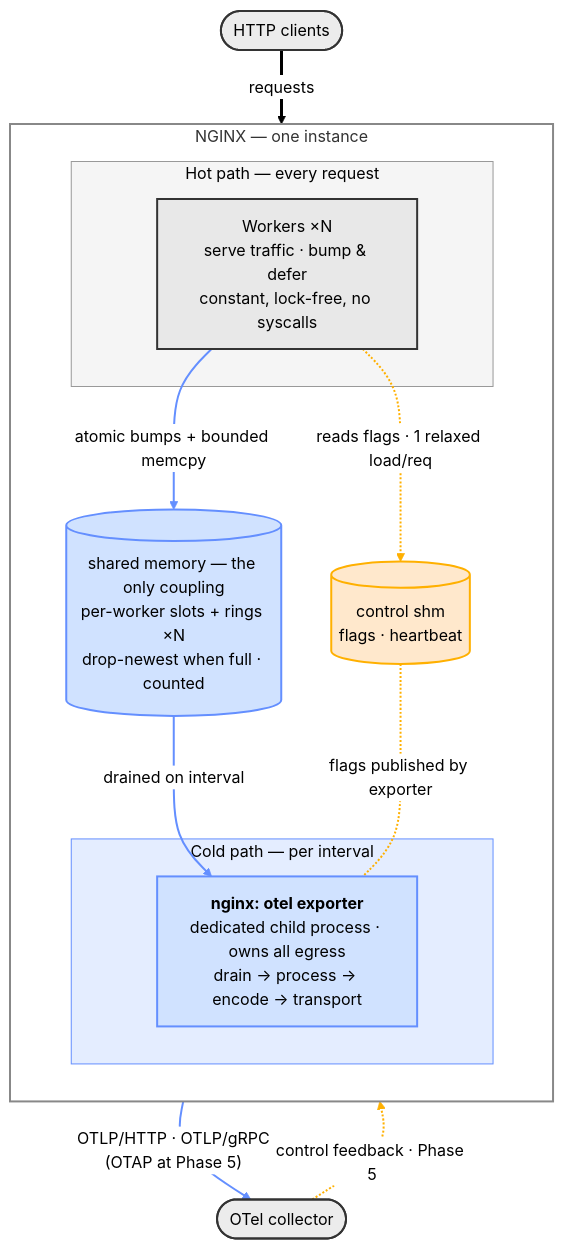
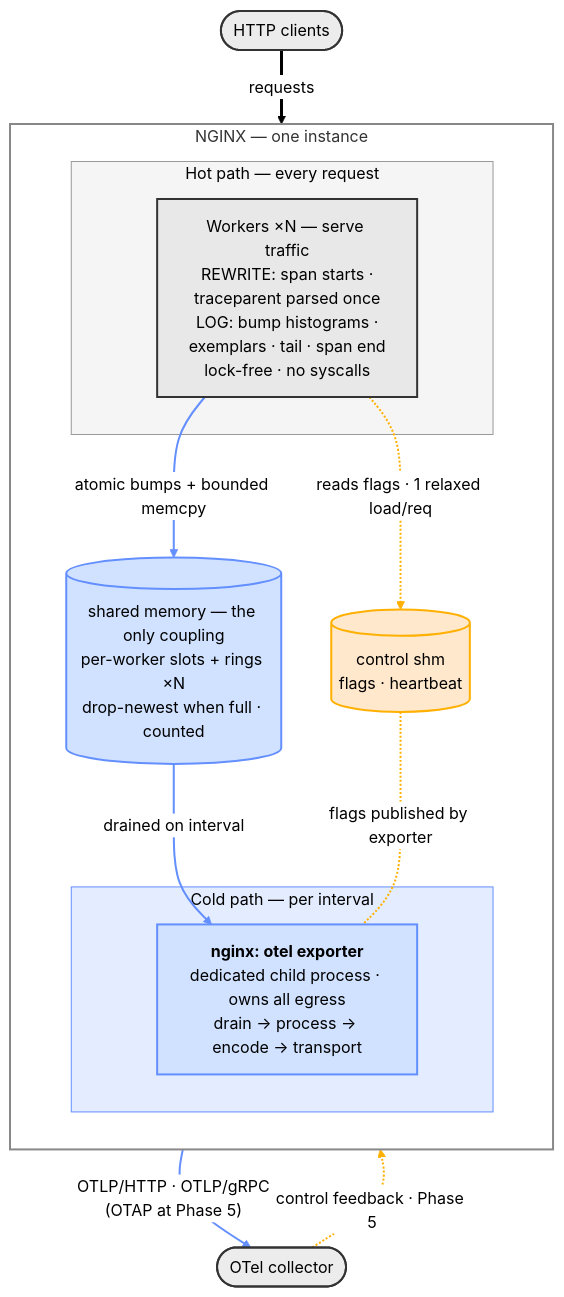
One commit to CVanF5/ngx-otel-rust changed the diagram in README.md. Above: the diagram before and after it, drawn with Mermaid (neutral theme).

Commit message:
docs(readme): annotate nginx request phases in the architecture diagram
The Workers node now states where the per-request work happens: REWRITE phase (span starts; inbound traceparent parsed once and cached) and LOG phase (histogram bumps, exemplar/tail sampling, span end). Line lengths authored short so both the kroki and GitHub mermaid renderers wrap identically (kroki-verified, 556px wide).

````diff
--- a/README.md
+++ b/README.md
@@ -69,39 +69,39 @@
 ```mermaid
 flowchart TB
     Client(["HTTP clients"]):::ext
 
     subgraph NGINX["NGINX — one instance"]
         direction TB
         subgraph Hot["Hot path — every request"]
-            Workers["Workers ×N<br/>serve traffic · bump &amp; defer<br/>constant, lock-free, no syscalls"]:::data
+            Workers["Workers ×N — serve traffic<br/>REWRITE: span starts ·<br/>traceparent parsed once<br/>LOG: bump histograms ·<br/>exemplars · tail · span end<br/>lock-free · no syscalls"]:::data
         end
         SHM[("shared memory — the only coupling<br/>per-worker slots + rings ×N<br/>drop-newest when full · counted")]:::tel
         Ctl[("control shm<br/>flags · heartbeat")]:::ctl
         subgraph Cold["Cold path — per interval"]
             Exp["<b>nginx: otel exporter</b><br/>dedicated child process · owns all egress<br/>drain → process → encode → transport"]:::tel
         end
     end
 
     Coll(["OTel collector"]):::ext
 
     Client ==>|"requests"| Workers
     Workers -->|"atomic bumps + bounded memcpy"| SHM
     Workers -.->|"reads flags · 1 relaxed load/req"| Ctl
     SHM -->|"drained on interval"| Exp
     Ctl -. "flags published by exporter" .- Exp
     Exp -->|"OTLP/HTTP · OTLP/gRPC<br/>(OTAP at Phase 5)"| Coll
     Coll -.->|"control feedback · Phase 5"| Exp
 
     classDef data fill:#e8e8e8,stroke:#333333,stroke-width:2px,color:#000000;
     classDef tel fill:#d0e2ff,stroke:#648FFF,stroke-width:2px,color:#000000;
     classDef ctl fill:#ffe8cc,stroke:#FFB000,stroke-width:2px,color:#000000;
     classDef ext fill:#ececec,stroke:#333333,stroke-width:2px,color:#000000;
 
     style Hot fill:#f5f5f5,stroke:#999999,stroke-width:1px,color:#000000;
     style Cold fill:#e4edff,stroke:#648FFF,stroke-width:1px,color:#000000;
     style NGINX fill:transparent,stroke:#888888,stroke-width:2px;
 
     linkStyle 1,3,5 stroke:#648FFF,stroke-width:2px;
     linkStyle 0 stroke:#000000,stroke-width:3px;
     linkStyle 2,4,6 stroke:#FFB000,stroke-width:2px;
 ```
````
